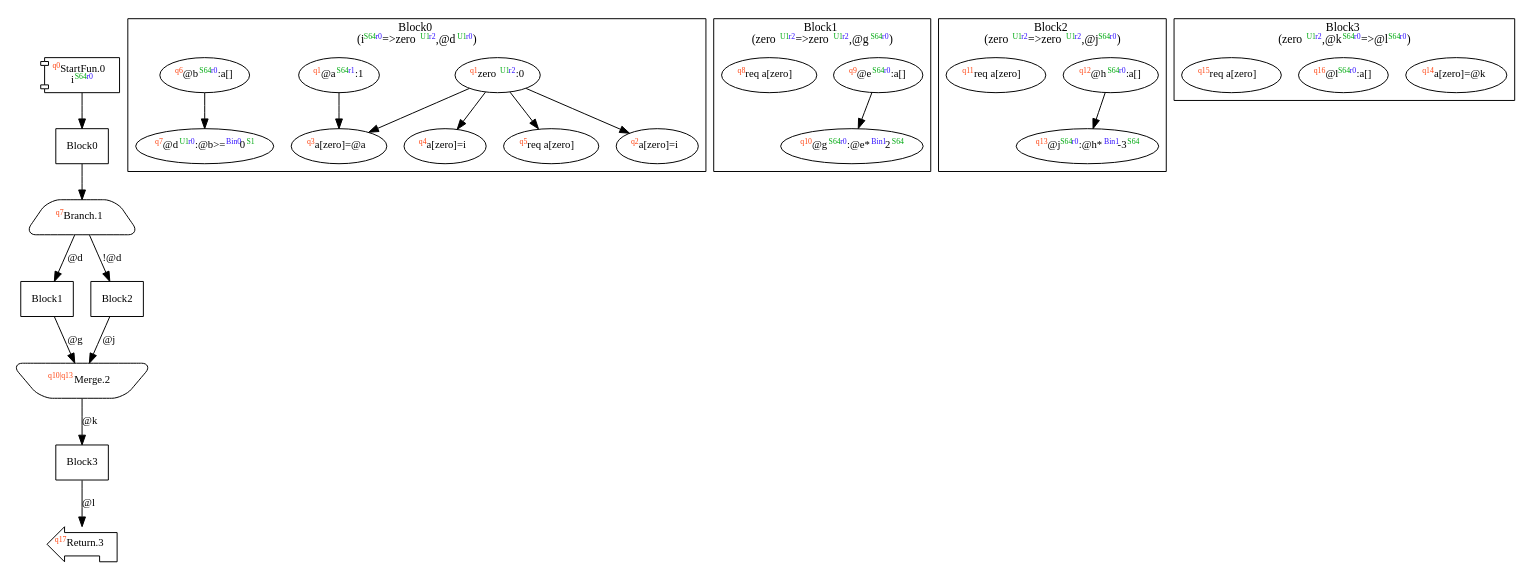
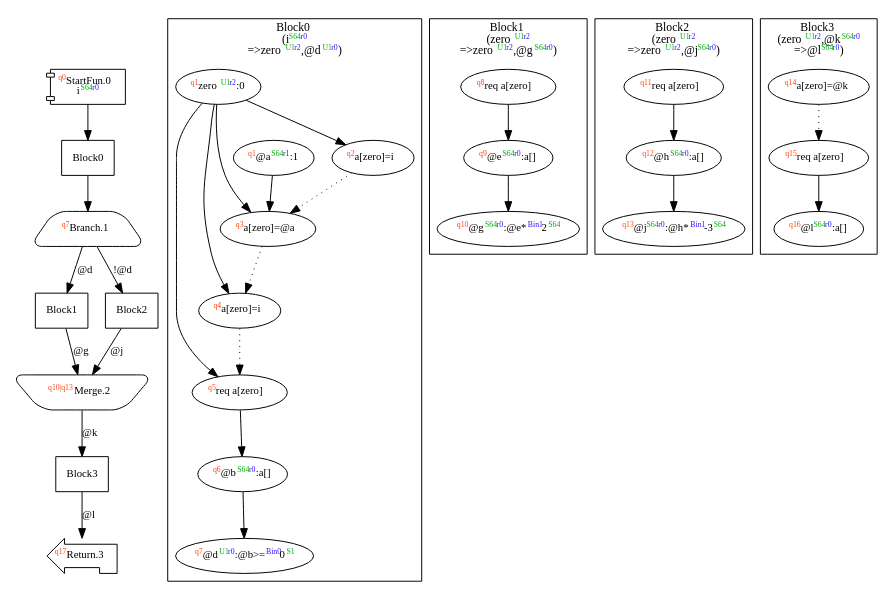
The diagram in dist/dependencyTest.dot (akouryy/SyntheScala), drawn with Graphviz before and after one commit. The commit also changed 21 other files, not shown here.

Commit message:
[parallel] Fixes: * calculate new array dependencies, * consider array accesses for intervals determination, * rename function params, * handle loops in Liveness, and * improve GraphDrawer

```diff
--- a/dist/dependencyTest.dot
+++ b/dist/dependencyTest.dot
@@ -1,65 +1,73 @@
 digraph Program_ {
   graph [fontname = "Monaco", fontsize = 12, ranksep = 0.5];
   node [shape = box, fontname = "Monaco", fontsize = 11; colorscheme = pastel19];
   edge [fontname = "Monaco", fontsize = 11; colorscheme = pastel19];
   Jump0[label = <<font color="#ff4411" point-size="8"><sup>q0</sup></font>StartFun.0<br/>i<font color="#00aa11" point-size="8"><sup>S64</sup></font><font color="#3311ff" point-size="8"><sup>r0</sup></font>>; shape = component];
   Jump0 -> Block0;
   Jump1[
     label = <<font color="#ff4411" point-size="8"><sup>q7</sup></font>Branch.1>;
     shape = trapezium; style = rounded;
   ];
   Block0 -> Jump1;
   Jump1 -> Block1 [label=<@d>];
   Jump1 -> Block2 [label=<!@d>];
   Jump2[label = <<font color="#ff4411" point-size="8"><sup>q10|q13</sup></font>Merge.2>; shape = invtrapezium; style = rounded];
   Block1 -> Jump2 [label=<@g>];
   Block2 -> Jump2 [label=<@j>];
   Jump2 -> Block3 [label=<@k>];
   Jump3[label = <<font color="#ff4411" point-size="8"><sup>q17</sup></font>Return.3>; shape = lpromoter];
   Block3 -> Jump3 [label=<@l>];
   Block0 [label = "Block0"];
   Block1 [label = "Block1"];
   Block2 [label = "Block2"];
   Block3 [label = "Block3"];
   subgraph cluster_dfg_Block0 {
     node [shape = oval];
-    label = <Block0<br/>(i<font color="#00aa11" point-size="8"><sup>S64</sup></font><font color="#3311ff" point-size="8"><sup>r0</sup></font>=&gt;zero<font color="#00aa11" point-size="8"><sup>U1</sup></font><font color="#3311ff" point-size="8"><sup>r2</sup></font>,@d<font color="#00aa11" point-size="8"><sup>U1</sup></font><font color="#3311ff" point-size="8"><sup>r0</sup></font>)>;
+    label = <Block0<br/>(i<font color="#00aa11" point-size="8"><sup>S64</sup></font><font color="#3311ff" point-size="8"><sup>r0</sup></font><br/>=&gt;zero<font color="#00aa11" point-size="8"><sup>U1</sup></font><font color="#3311ff" point-size="8"><sup>r2</sup></font>,@d<font color="#00aa11" point-size="8"><sup>U1</sup></font><font color="#3311ff" point-size="8"><sup>r0</sup></font>)>;
     0 [label=<<font color="#ff4411" point-size="8"><sup>q1</sup></font>zero<font color="#00aa11" point-size="8"><sup>U1</sup></font><font color="#3311ff" point-size="8"><sup>r2</sup></font>:0>];
     5 [label=<<font color="#ff4411" point-size="8"><sup>q5</sup></font>req a[zero&#93;>];
     1 [label=<<font color="#ff4411" point-size="8"><sup>q2</sup></font>a[zero&#93;=i>];
     6 [label=<<font color="#ff4411" point-size="8"><sup>q6</sup></font>@b<font color="#00aa11" point-size="8"><sup>S64</sup></font><font color="#3311ff" point-size="8"><sup>r0</sup></font>:a[&#93;>];
     2 [label=<<font color="#ff4411" point-size="8"><sup>q1</sup></font>@a<font color="#00aa11" point-size="8"><sup>S64</sup></font><font color="#3311ff" point-size="8"><sup>r1</sup></font>:1>];
     3 [label=<<font color="#ff4411" point-size="8"><sup>q3</sup></font>a[zero&#93;=@a>];
     8 [label=<<font color="#ff4411" point-size="8"><sup>q7</sup></font>@d<font color="#00aa11" point-size="8"><sup>U1</sup></font><font color="#3311ff" point-size="8"><sup>r0</sup></font>:@b&gt;=<font color="#3311ff" point-size="8"><sup>Bin0</sup></font>0<font color="#00aa11" point-size="8"><sup>S1</sup></font>>];
     4 [label=<<font color="#ff4411" point-size="8"><sup>q4</sup></font>a[zero&#93;=i>];
     0 -> 1;
     0 -> 3;
     0 -> 4;
     0 -> 5;
     2 -> 3;
     6 -> 8;
+    1 -> 3 [style = dotted];
+    3 -> 4 [style = dotted];
+    4 -> 5 [style = dotted];
+    5 -> 6 [style = solid];
   }
   subgraph cluster_dfg_Block1 {
     node [shape = oval];
-    label = <Block1<br/>(zero<font color="#00aa11" point-size="8"><sup>U1</sup></font><font color="#3311ff" point-size="8"><sup>r2</sup></font>=&gt;zero<font color="#00aa11" point-size="8"><sup>U1</sup></font><font color="#3311ff" point-size="8"><sup>r2</sup></font>,@g<font color="#00aa11" point-size="8"><sup>S64</sup></font><font color="#3311ff" point-size="8"><sup>r0</sup></font>)>;
+    label = <Block1<br/>(zero<font color="#00aa11" point-size="8"><sup>U1</sup></font><font color="#3311ff" point-size="8"><sup>r2</sup></font><br/>=&gt;zero<font color="#00aa11" point-size="8"><sup>U1</sup></font><font color="#3311ff" point-size="8"><sup>r2</sup></font>,@g<font color="#00aa11" point-size="8"><sup>S64</sup></font><font color="#3311ff" point-size="8"><sup>r0</sup></font>)>;
     10 [label=<<font color="#ff4411" point-size="8"><sup>q9</sup></font>@e<font color="#00aa11" point-size="8"><sup>S64</sup></font><font color="#3311ff" point-size="8"><sup>r0</sup></font>:a[&#93;>];
     9 [label=<<font color="#ff4411" point-size="8"><sup>q8</sup></font>req a[zero&#93;>];
     12 [label=<<font color="#ff4411" point-size="8"><sup>q10</sup></font>@g<font color="#00aa11" point-size="8"><sup>S64</sup></font><font color="#3311ff" point-size="8"><sup>r0</sup></font>:@e*<font color="#3311ff" point-size="8"><sup>Bin1</sup></font>2<font color="#00aa11" point-size="8"><sup>S64</sup></font>>];
     10 -> 12;
+    9 -> 10 [style = solid];
   }
   subgraph cluster_dfg_Block2 {
     node [shape = oval];
-    label = <Block2<br/>(zero<font color="#00aa11" point-size="8"><sup>U1</sup></font><font color="#3311ff" point-size="8"><sup>r2</sup></font>=&gt;zero<font color="#00aa11" point-size="8"><sup>U1</sup></font><font color="#3311ff" point-size="8"><sup>r2</sup></font>,@j<font color="#00aa11" point-size="8"><sup>S64</sup></font><font color="#3311ff" point-size="8"><sup>r0</sup></font>)>;
+    label = <Block2<br/>(zero<font color="#00aa11" point-size="8"><sup>U1</sup></font><font color="#3311ff" point-size="8"><sup>r2</sup></font><br/>=&gt;zero<font color="#00aa11" point-size="8"><sup>U1</sup></font><font color="#3311ff" point-size="8"><sup>r2</sup></font>,@j<font color="#00aa11" point-size="8"><sup>S64</sup></font><font color="#3311ff" point-size="8"><sup>r0</sup></font>)>;
     14 [label=<<font color="#ff4411" point-size="8"><sup>q12</sup></font>@h<font color="#00aa11" point-size="8"><sup>S64</sup></font><font color="#3311ff" point-size="8"><sup>r0</sup></font>:a[&#93;>];
     13 [label=<<font color="#ff4411" point-size="8"><sup>q11</sup></font>req a[zero&#93;>];
     16 [label=<<font color="#ff4411" point-size="8"><sup>q13</sup></font>@j<font color="#00aa11" point-size="8"><sup>S64</sup></font><font color="#3311ff" point-size="8"><sup>r0</sup></font>:@h*<font color="#3311ff" point-size="8"><sup>Bin1</sup></font>-3<font color="#00aa11" point-size="8"><sup>S64</sup></font>>];
     14 -> 16;
+    13 -> 14 [style = solid];
   }
   subgraph cluster_dfg_Block3 {
     node [shape = oval];
-    label = <Block3<br/>(zero<font color="#00aa11" point-size="8"><sup>U1</sup></font><font color="#3311ff" point-size="8"><sup>r2</sup></font>,@k<font color="#00aa11" point-size="8"><sup>S64</sup></font><font color="#3311ff" point-size="8"><sup>r0</sup></font>=&gt;@l<font color="#00aa11" point-size="8"><sup>S64</sup></font><font color="#3311ff" point-size="8"><sup>r0</sup></font>)>;
+    label = <Block3<br/>(zero<font color="#00aa11" point-size="8"><sup>U1</sup></font><font color="#3311ff" point-size="8"><sup>r2</sup></font>,@k<font color="#00aa11" point-size="8"><sup>S64</sup></font><font color="#3311ff" point-size="8"><sup>r0</sup></font><br/>=&gt;@l<font color="#00aa11" point-size="8"><sup>S64</sup></font><font color="#3311ff" point-size="8"><sup>r0</sup></font>)>;
     17 [label=<<font color="#ff4411" point-size="8"><sup>q14</sup></font>a[zero&#93;=@k>];
     19 [label=<<font color="#ff4411" point-size="8"><sup>q16</sup></font>@l<font color="#00aa11" point-size="8"><sup>S64</sup></font><font color="#3311ff" point-size="8"><sup>r0</sup></font>:a[&#93;>];
     18 [label=<<font color="#ff4411" point-size="8"><sup>q15</sup></font>req a[zero&#93;>];
+    17 -> 18 [style = dotted];
+    18 -> 19 [style = solid];
   }
 }
```
